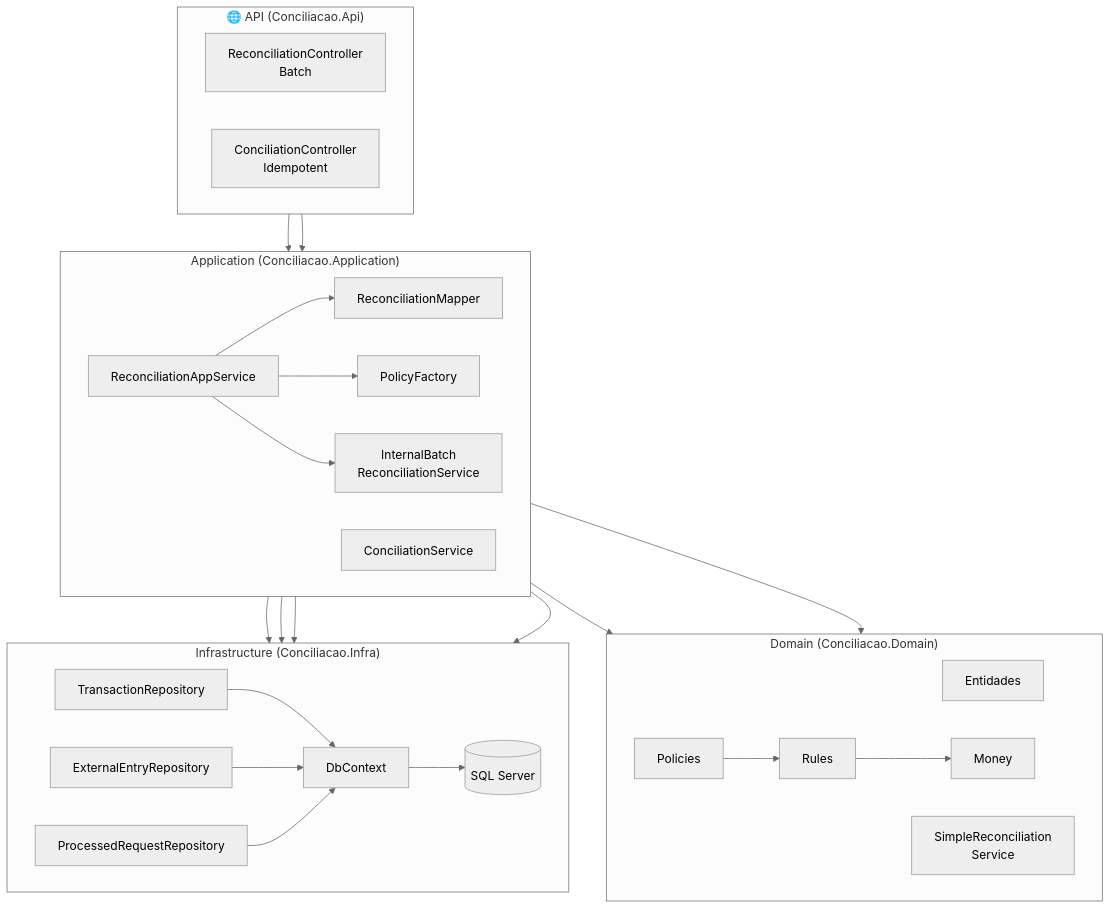
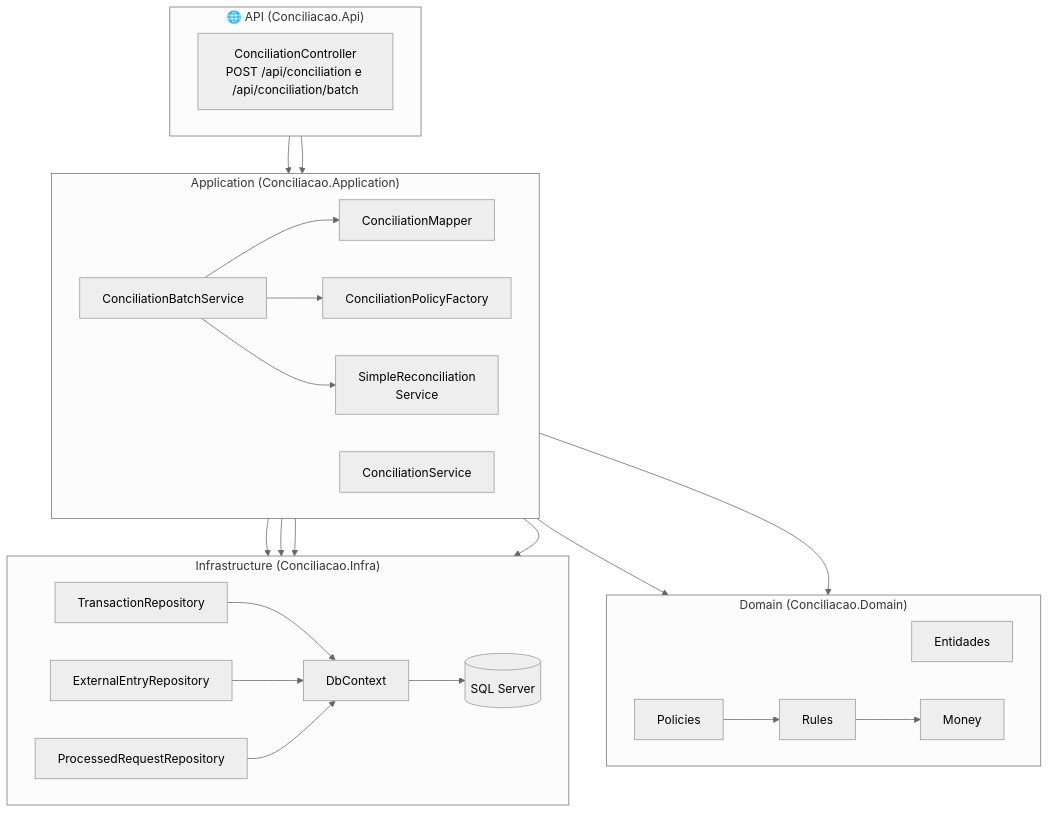
One commit to awernek/Conciliacao changed the fifth of 12 diagrams in docs/DIAGRAMAS-PROJETO.md. Above: the diagram before and after it, drawn with Mermaid (neutral theme). The commit also changed other lines of this file and 40 other files, not shown here.

First line of the commit message:
feat: implement batch reconciliation flow and refactor API structure

````diff
--- a/docs/DIAGRAMAS-PROJETO.md
+++ b/docs/DIAGRAMAS-PROJETO.md
@@ -148,53 +148,52 @@
 ```mermaid
 flowchart TB
     subgraph API["🌐 API (Conciliacao.Api)"]
         direction LR
-        RC["ReconciliationController<br/>Batch"]
-        CC["ConciliationController<br/>Idempotent"]
+        CC["ConciliationController<br/>POST /api/conciliation e /api/conciliation/batch"]
     end
 
     subgraph APP["Application (Conciliacao.Application)"]
         direction LR
-        RAS["ReconciliationAppService"]
+        CBS["ConciliationBatchService"]
         CS["ConciliationService"]
-        IBRS["InternalBatch<br/>ReconciliationService"]
-        FAC["PolicyFactory"]
-        MAP["ReconciliationMapper"]
+        SRS["SimpleReconciliation<br/>Service (Domain)"]
+        FAC["ConciliationPolicyFactory"]
+        MAP["ConciliationMapper"]
     end
 
     subgraph DOM["Domain (Conciliacao.Domain)"]
         direction LR
         ENT["Entidades"]
         POL["Policies"]
         RUL["Rules"]
         MON["Money"]
         SRS["SimpleReconciliation<br/>Service"]
     end
 
     subgraph INFRA["Infrastructure (Conciliacao.Infra)"]
         direction LR
         CTX["DbContext"]
         TXR["TransactionRepository"]
         EXR["ExternalEntryRepository"]
         PRR["ProcessedRequestRepository"]
         DB[("SQL Server")]
     end
 
-    RC --> RAS
+    CC --> CBS
     CC --> CS
-    RAS --> MAP
-    RAS --> FAC
-    RAS --> IBRS
-    RAS --> TXR
-    RAS --> EXR
+    CBS --> MAP
+    CBS --> FAC
+    CBS --> SRS
+    CBS --> TXR
+    CBS --> EXR
     CS --> TXR
     CS --> PRR
     FAC --> POL
-    IBRS --> POL
+    SRS --> POL
     POL --> RUL
     RUL --> MON
     CTX --> DB
     TXR --> CTX
     EXR --> CTX
     PRR --> CTX
 ```
````
